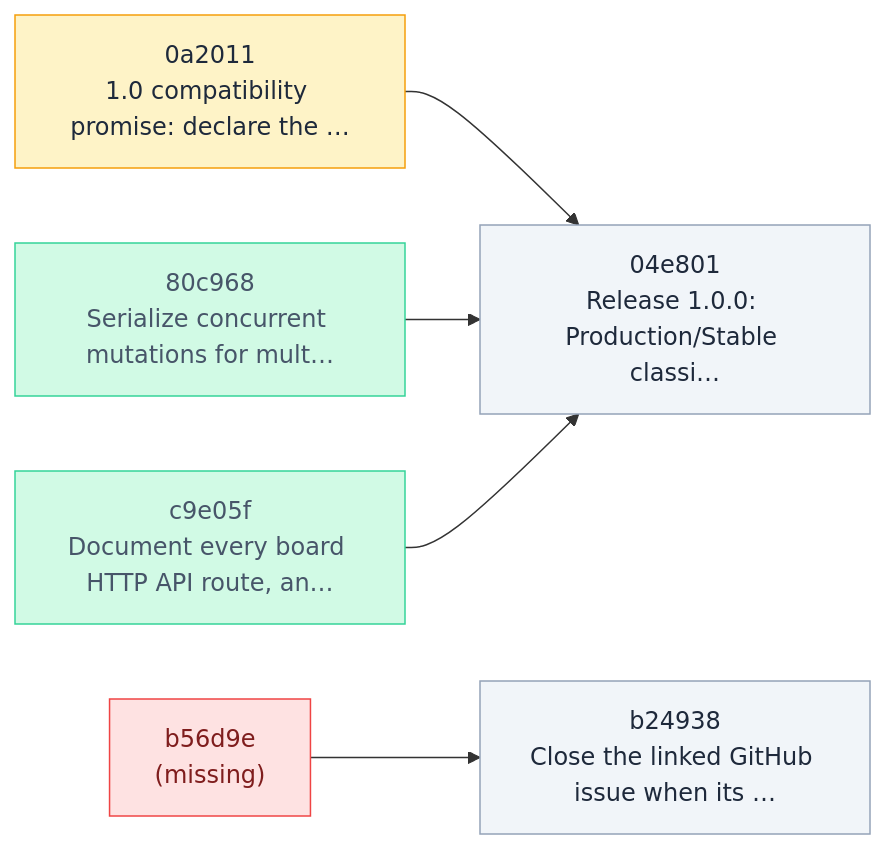
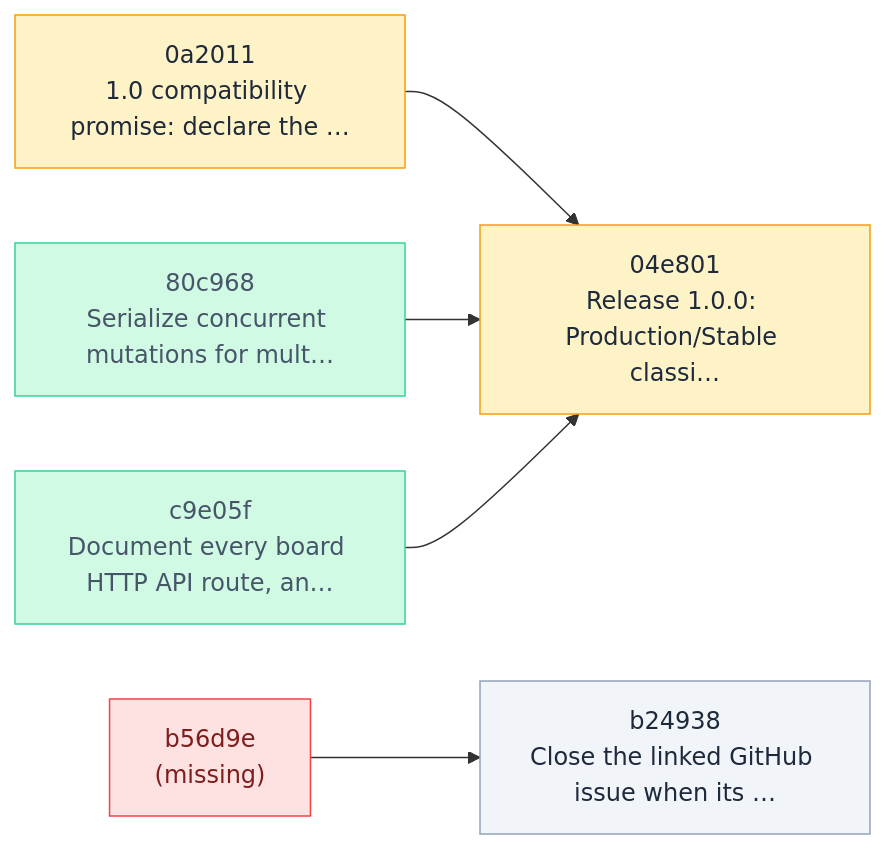
Before and after one commit to Vitund-AI/skald: the diagram in .skald/README.md, drawn with Mermaid. The commit also changed other lines of this file and 10 other files, not shown here.

````diff
--- a/.skald/README.md
+++ b/.skald/README.md
@@ -24,21 +24,21 @@
 ```mermaid
 flowchart LR
     n_04e801["04e801<br/>Release 1.0.0: Production/Stable classi…"]
     n_0a2011["0a2011<br/>1.0 compatibility promise: declare the …"]
     n_80c968["80c968<br/>Serialize concurrent mutations for mult…"]
     n_b24938["b24938<br/>Close the linked GitHub issue when its …"]
     n_b56d9e["b56d9e<br/>(missing)"]
     n_c9e05f["c9e05f<br/>Document every board HTTP API route, an…"]
     n_b56d9e --> n_b24938
     n_0a2011 --> n_04e801
     n_80c968 --> n_04e801
     n_c9e05f --> n_04e801
     classDef backlog fill:#f1f5f9,stroke:#94a3b8,color:#1e293b
     classDef active fill:#fef3c7,stroke:#f59e0b,color:#1e293b
     classDef done fill:#d1fae5,stroke:#34d399,color:#475569
     classDef unknown fill:#fee2e2,stroke:#ef4444,color:#7f1d1d
     class n_80c968,n_c9e05f done
     class n_b56d9e unknown
-    class n_04e801,n_b24938 backlog
-    class n_0a2011 active
+    class n_04e801,n_0a2011 active
+    class n_b24938 backlog
 ```
````
